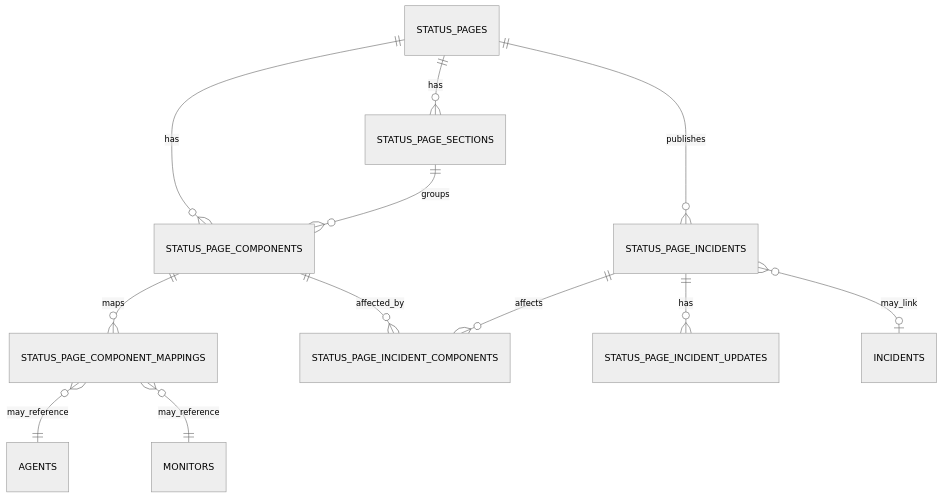
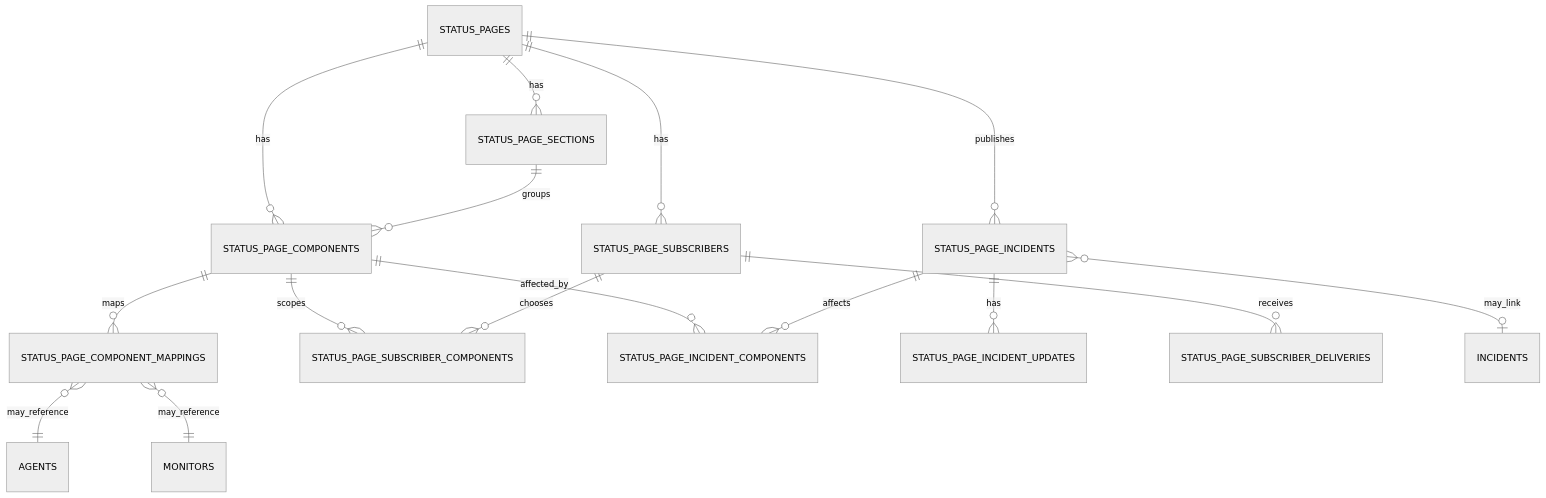
Before and after one commit to sunday-studio/orion: the second of 9 diagrams in docs/architecture/status-pages.md, drawn with Mermaid (neutral theme). The commit also changed other lines of this file and 9 other files, not shown here.

First line of the commit message:
feat(core): publish status page read model

````diff
--- a/docs/architecture/status-pages.md
+++ b/docs/architecture/status-pages.md
@@ -200,14 +251,18 @@
 ```mermaid
 erDiagram
   STATUS_PAGES ||--o{ STATUS_PAGE_SECTIONS : has
   STATUS_PAGES ||--o{ STATUS_PAGE_COMPONENTS : has
   STATUS_PAGES ||--o{ STATUS_PAGE_INCIDENTS : publishes
   STATUS_PAGE_SECTIONS ||--o{ STATUS_PAGE_COMPONENTS : groups
   STATUS_PAGE_COMPONENTS ||--o{ STATUS_PAGE_COMPONENT_MAPPINGS : maps
+  STATUS_PAGE_COMPONENTS ||--o{ STATUS_PAGE_SUBSCRIBER_COMPONENTS : scopes
   STATUS_PAGE_COMPONENTS ||--o{ STATUS_PAGE_INCIDENT_COMPONENTS : affected_by
   STATUS_PAGE_INCIDENTS ||--o{ STATUS_PAGE_INCIDENT_UPDATES : has
   STATUS_PAGE_INCIDENTS ||--o{ STATUS_PAGE_INCIDENT_COMPONENTS : affects
+  STATUS_PAGES ||--o{ STATUS_PAGE_SUBSCRIBERS : has
+  STATUS_PAGE_SUBSCRIBERS ||--o{ STATUS_PAGE_SUBSCRIBER_COMPONENTS : chooses
+  STATUS_PAGE_SUBSCRIBERS ||--o{ STATUS_PAGE_SUBSCRIBER_DELIVERIES : receives
   STATUS_PAGE_COMPONENT_MAPPINGS }o--|| AGENTS : may_reference
   STATUS_PAGE_COMPONENT_MAPPINGS }o--|| MONITORS : may_reference
   STATUS_PAGE_INCIDENTS }o--o| INCIDENTS : may_link
 ```
````
